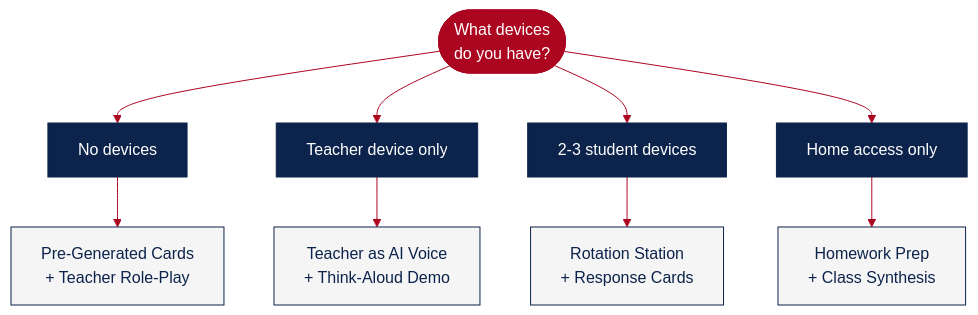
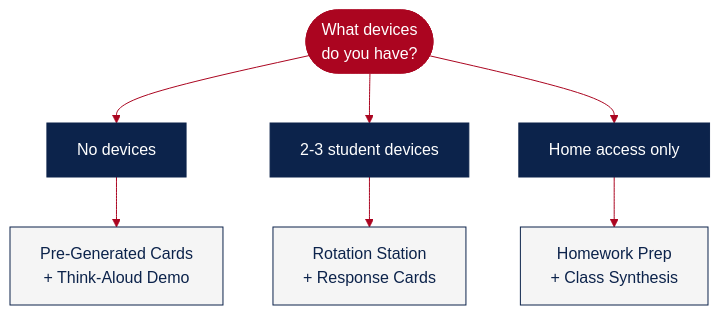
The diagram in guides/low-resource-implementation.qmd (ryanstraight/nicek12-2025-materials), drawn with Mermaid before and after one commit. The commit also changed other lines of this file and 151 other files, not shown here.

````diff
--- a/guides/low-resource-implementation.qmd
+++ b/guides/low-resource-implementation.qmd
@@ -149,32 +125,27 @@
 ```{mermaid}
 %%| fig-width: 9
 %%{init: {'theme': 'base', 'themeVariables': { 'primaryColor': '#0C234B', 'primaryTextColor': '#fff', 'primaryBorderColor': '#0C234B', 'lineColor': '#AB0520', 'secondaryColor': '#f5f5f5', 'fontFamily': 'system-ui, sans-serif'}}}%%
 flowchart TD
     START(["What devices<br/>do you have?"])
 
     NONE["No devices"]
-    TEACHER["Teacher device only"]
     FEW["2-3 student devices"]
     HOME["Home access only"]
 
-    NONE_A["Pre-Generated Cards<br/>+ Teacher Role-Play"]
-    TEACHER_A["Teacher as AI Voice<br/>+ Think-Aloud Demo"]
+    NONE_A["Pre-Generated Cards<br/>+ Think-Aloud Demo"]
     FEW_A["Rotation Station<br/>+ Response Cards"]
     HOME_A["Homework Prep<br/>+ Class Synthesis"]
 
-    START --> NONE & TEACHER & FEW & HOME
+    START --> NONE & FEW & HOME
     NONE --> NONE_A
-    TEACHER --> TEACHER_A
     FEW --> FEW_A
     HOME --> HOME_A
 
     style START fill:#AB0520,stroke:#AB0520,color:#fff
     style NONE fill:#0C234B,stroke:#0C234B,color:#fff
-    style TEACHER fill:#0C234B,stroke:#0C234B,color:#fff
     style FEW fill:#0C234B,stroke:#0C234B,color:#fff
     style HOME fill:#0C234B,stroke:#0C234B,color:#fff
     style NONE_A fill:#f5f5f5,stroke:#0C234B,color:#0C234B
-    style TEACHER_A fill:#f5f5f5,stroke:#0C234B,color:#0C234B
     style FEW_A fill:#f5f5f5,stroke:#0C234B,color:#0C234B
     style HOME_A fill:#f5f5f5,stroke:#0C234B,color:#0C234B
 ```
````
